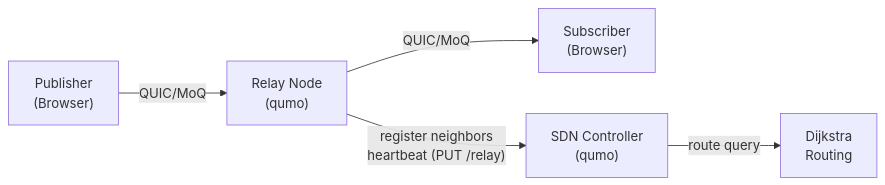
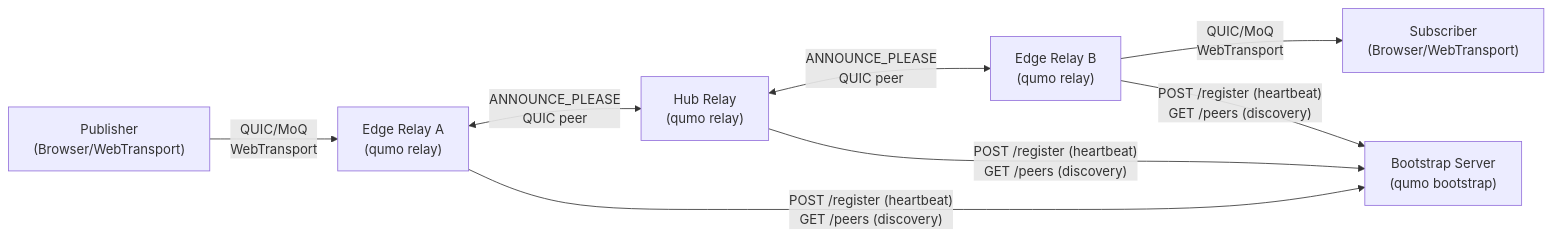
The first of 2 diagrams in README.md (okdaichi/qumo), drawn with Mermaid before and after one commit. The commit also changed other lines of this file and 82 other files, not shown here.

````diff
--- a/README.md
+++ b/README.md
@@ -157,13 +69,18 @@
 ```mermaid
 graph LR
-    Publisher["Publisher<br/>(Browser)"]
-    Relay["Relay Node<br/>(qumo)"]
-    Subscriber["Subscriber<br/>(Browser)"]
-    SDN["SDN Controller<br/>(qumo)"]
-    Routing["Dijkstra<br/>Routing"]
+    Publisher["Publisher<br/>(Browser/WebTransport)"]
+    Bootstrap["Bootstrap Server<br/>(qumo bootstrap)"]
+    Hub["Hub Relay<br/>(qumo relay)"]
+    EdgeA["Edge Relay A<br/>(qumo relay)"]
+    EdgeB["Edge Relay B<br/>(qumo relay)"]
+    Subscriber["Subscriber<br/>(Browser/WebTransport)"]
 
-    Publisher -->|QUIC/MoQ| Relay
-    Relay -->|QUIC/MoQ| Subscriber
-    Relay -->|"register neighbors<br/>heartbeat (PUT /relay)"| SDN
-    SDN -->|route query| Routing
+    Publisher -->|"QUIC/MoQ<br/>WebTransport"| EdgeA
+    EdgeA <-->|"ANNOUNCE_PLEASE<br/>QUIC peer"| Hub
+    Hub <-->|"ANNOUNCE_PLEASE<br/>QUIC peer"| EdgeB
+    EdgeB -->|"QUIC/MoQ<br/>WebTransport"| Subscriber
+
+    EdgeA -->|"POST /register (heartbeat)<br/>GET /peers (discovery)"| Bootstrap
+    Hub -->|"POST /register (heartbeat)<br/>GET /peers (discovery)"| Bootstrap
+    EdgeB -->|"POST /register (heartbeat)<br/>GET /peers (discovery)"| Bootstrap
 ```
````
